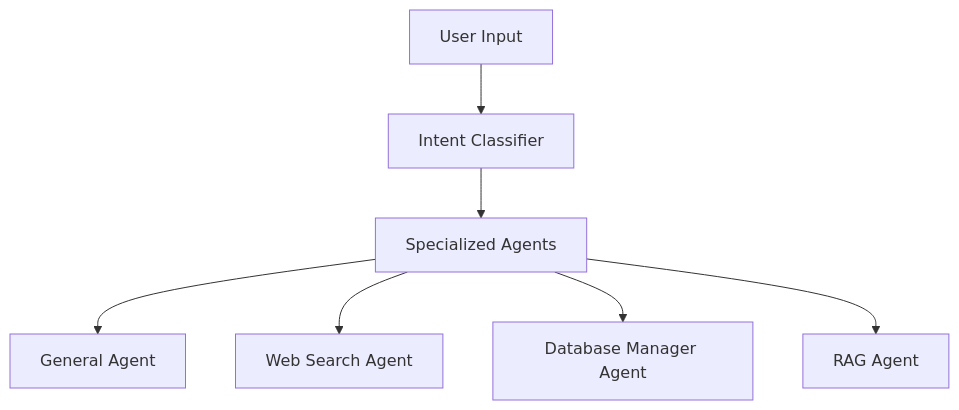
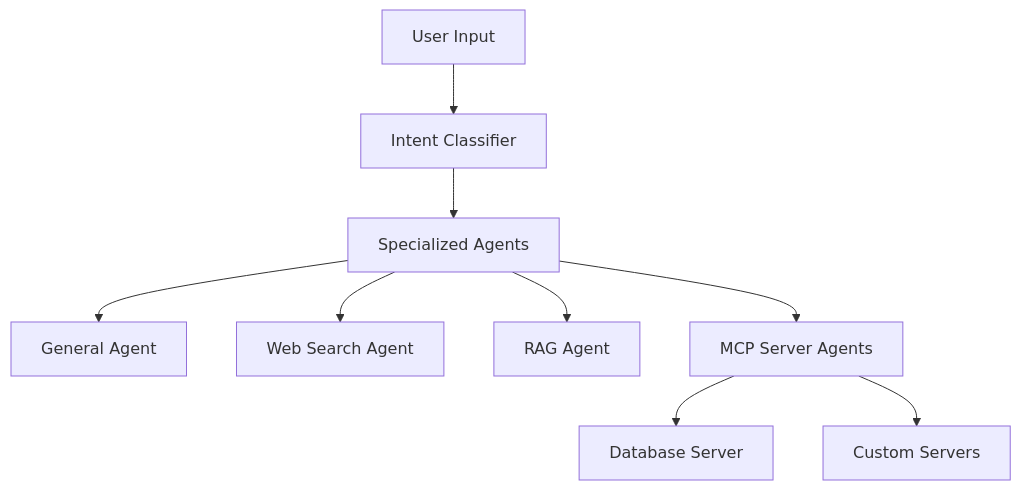
The diagram in README.md (Garvit-Mehra/Mosaic), drawn with Mermaid before and after one commit. The commit also changed other lines of this file, not shown here.

````diff
--- a/README.md
+++ b/README.md
@@ -26,9 +28,11 @@
 ```mermaid
 flowchart TD
     A["User Input"] --> B["Intent Classifier"]
     B --> C["Specialized Agents"]
     C --> D["General Agent"]
     C --> E["Web Search Agent"]
-    C --> F["Database Manager Agent"]
-    C --> G["RAG Agent"]
+    C --> F["RAG Agent"]
+    C --> G["MCP Server Agents"]
+    G --> H["Database Server"]
+    G --> I["Custom Servers"]
 ```
````
